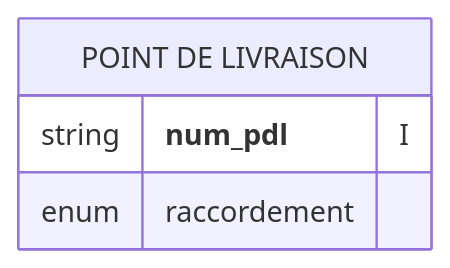
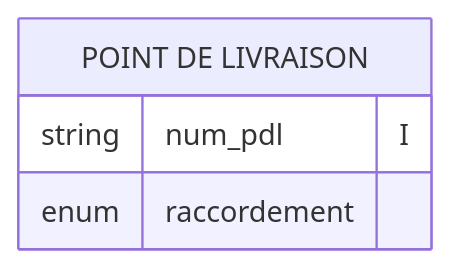
One commit to MTES-MCT/qualicharge changed the tenth of 16 diagrams in docs/modele.md. Above: the diagram before and after it, drawn with Mermaid. The commit also changed other lines of this file, not shown here.

Commit message:
remove MD into mermais diagram

````diff
--- a/docs/modele.md
+++ b/docs/modele.md
@@ -233,7 +233,7 @@
 ```mermaid
 erDiagram
 "POINT DE LIVRAISON" {
-  string **num_pdl** "I"
+  string num_pdl "I"
   enum    raccordement
   }
 ```
````
